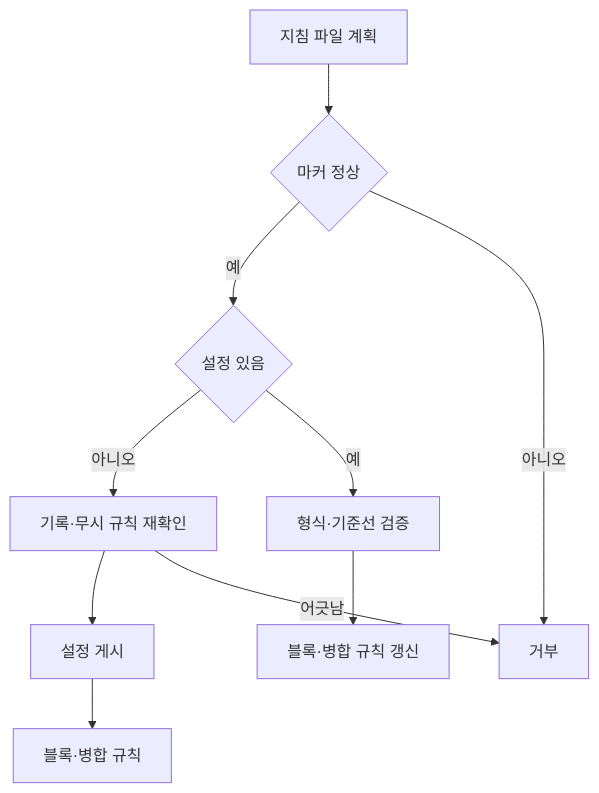
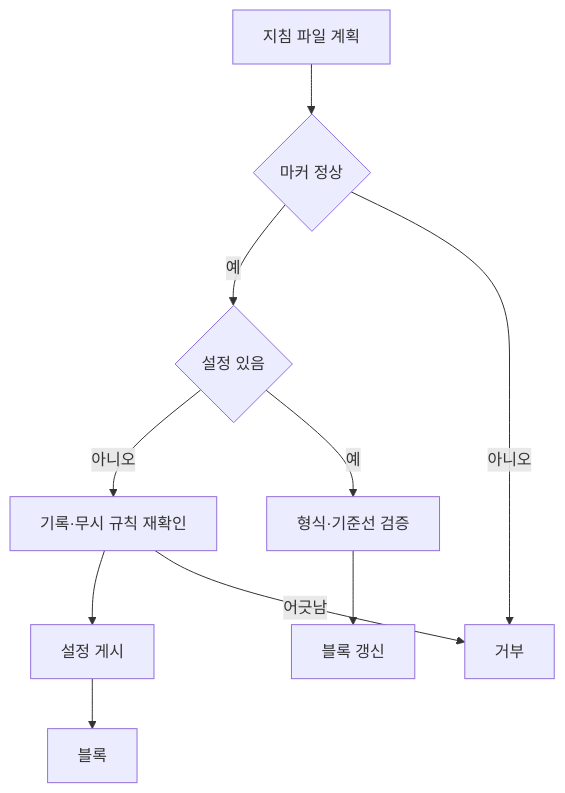
One commit to dev-goraebap/gitifact changed the diagram in .gitifact/spec/onboarding/design/overview.md. Above: the diagram before and after it, drawn with Mermaid. The commit also changed other lines of this file and 112 other files, not shown here.

````diff
--- a/.gitifact/spec/onboarding/design/overview.md
+++ b/.gitifact/spec/onboarding/design/overview.md
@@ -56,12 +55,12 @@
 ```mermaid
 flowchart TD
   A[지침 파일 계획] --> B{마커 정상}
   B -- 예 --> C{설정 있음}
   C -- 아니오 --> F[기록·무시 규칙 재확인]
   F --> H[설정 게시]
-  H --> I[블록·병합 규칙]
+  H --> I[블록]
   C -- 예 --> D[형식·기준선 검증]
-  D --> E[블록·병합 규칙 갱신]
+  D --> E[블록 갱신]
   B -- 아니오 --> X[거부]
   F -- 어긋남 --> X
 ```
````
